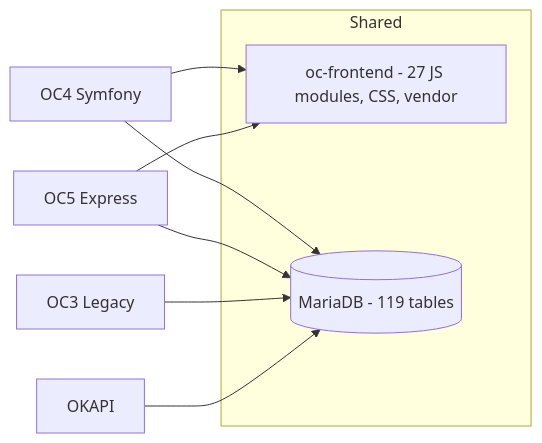
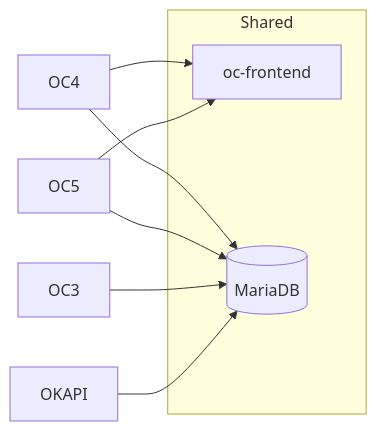
The second of 4 diagrams in public/docs/architecture.md (hxdimpf/oc5), drawn with Mermaid before and after one commit. The commit also changed other lines of this file, not shown here.

Commit message:
docs: sync — explicit mermaid arrows

````diff
--- a/public/docs/architecture.md
+++ b/public/docs/architecture.md
@@ -129,13 +139,13 @@
 ```mermaid
-graph LR
-    OC4[OC4 Symfony] --> FE
+flowchart LR
+    OC4 --> FE
     OC4 --> DB
-    OC5[OC5 Express] --> FE
+    OC5 --> FE
     OC5 --> DB
-    OC3[OC3 Legacy] --> DB
+    OC3 --> DB
     OKAPI --> DB
     subgraph Shared
-        FE[oc-frontend - 27 JS modules, CSS, vendor]
-        DB[(MariaDB - 119 tables)]
+        FE[oc-frontend]
+        DB[(MariaDB)]
     end
 ```
````
